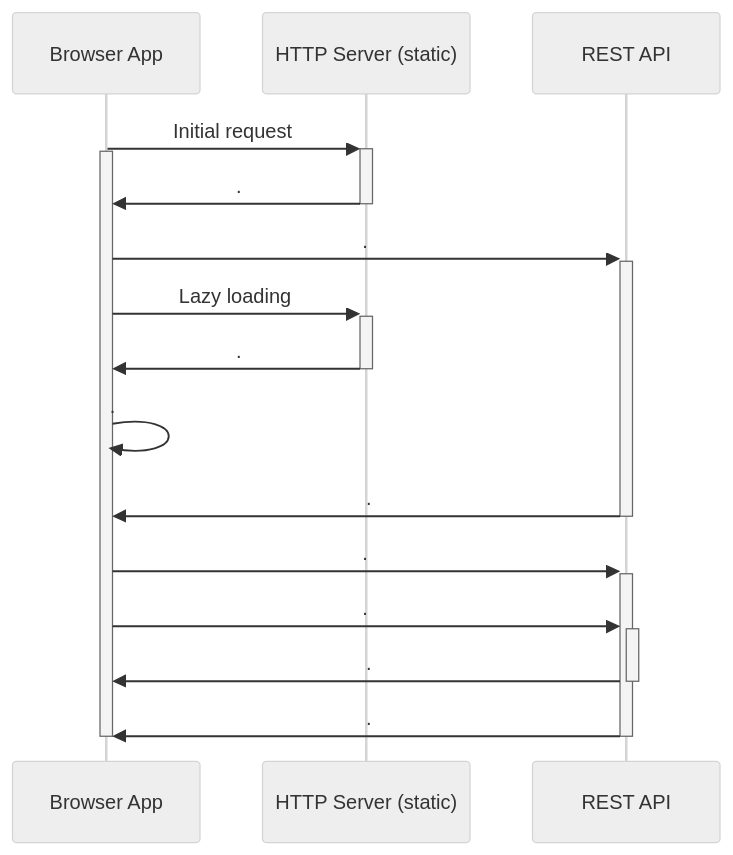
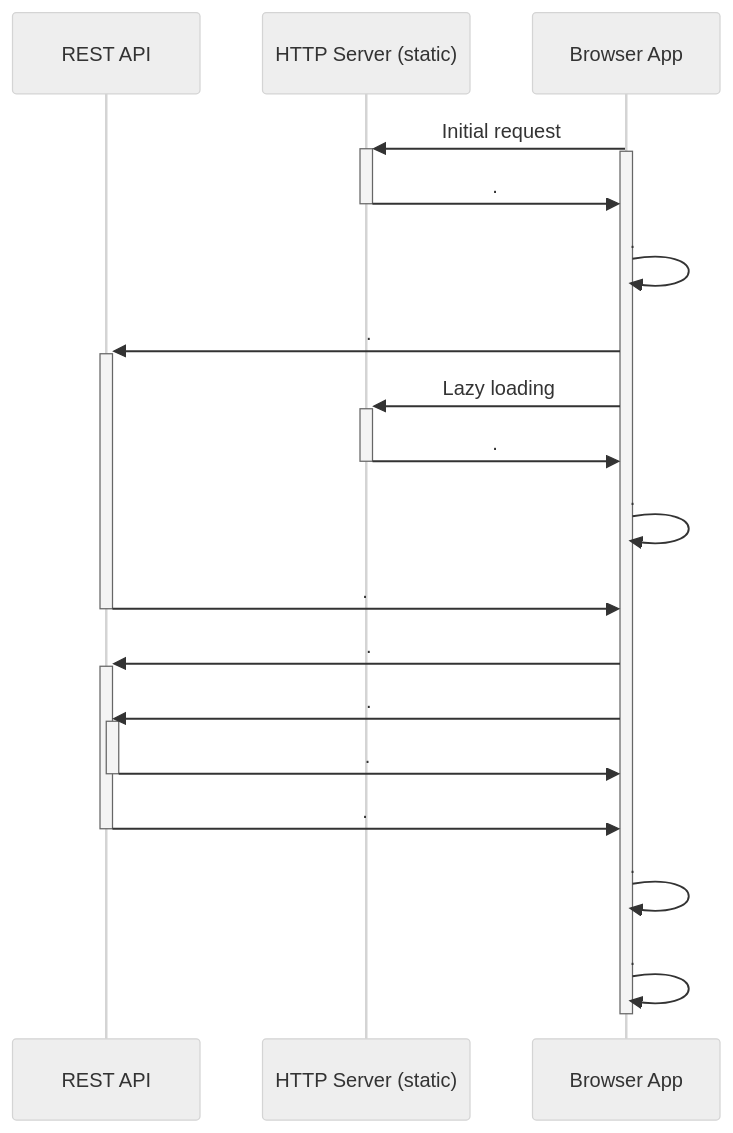
Before and after one commit to intershop/intershop-pwa: the diagram in docs/concepts/deployment-angular.md, drawn with Mermaid (neutral theme).

Commit message:
improved diagram

````diff
--- a/docs/concepts/deployment-angular.md
+++ b/docs/concepts/deployment-angular.md
@@ -17,16 +17,22 @@
 ```mermaid
 sequenceDiagram
+participant REST API
+participant HTTP Server (static)
+participant Browser App
 Browser App->>+HTTP Server (static): Initial request
 activate Browser App
 HTTP Server (static)->>-Browser App: .
+Browser App->>Browser App: .
 Browser App->>+REST API: .
 Browser App->>+HTTP Server (static): Lazy loading
 HTTP Server (static)->>-Browser App: .
 Browser App->>Browser App: .
 REST API->>-Browser App: .
 Browser App->>+REST API: .
 Browser App->>+REST API: .
 REST API->>-Browser App: .
 REST API->>-Browser App: .
+Browser App->>Browser App: .
+Browser App->>Browser App: .
 deactivate Browser App
 ```
````
